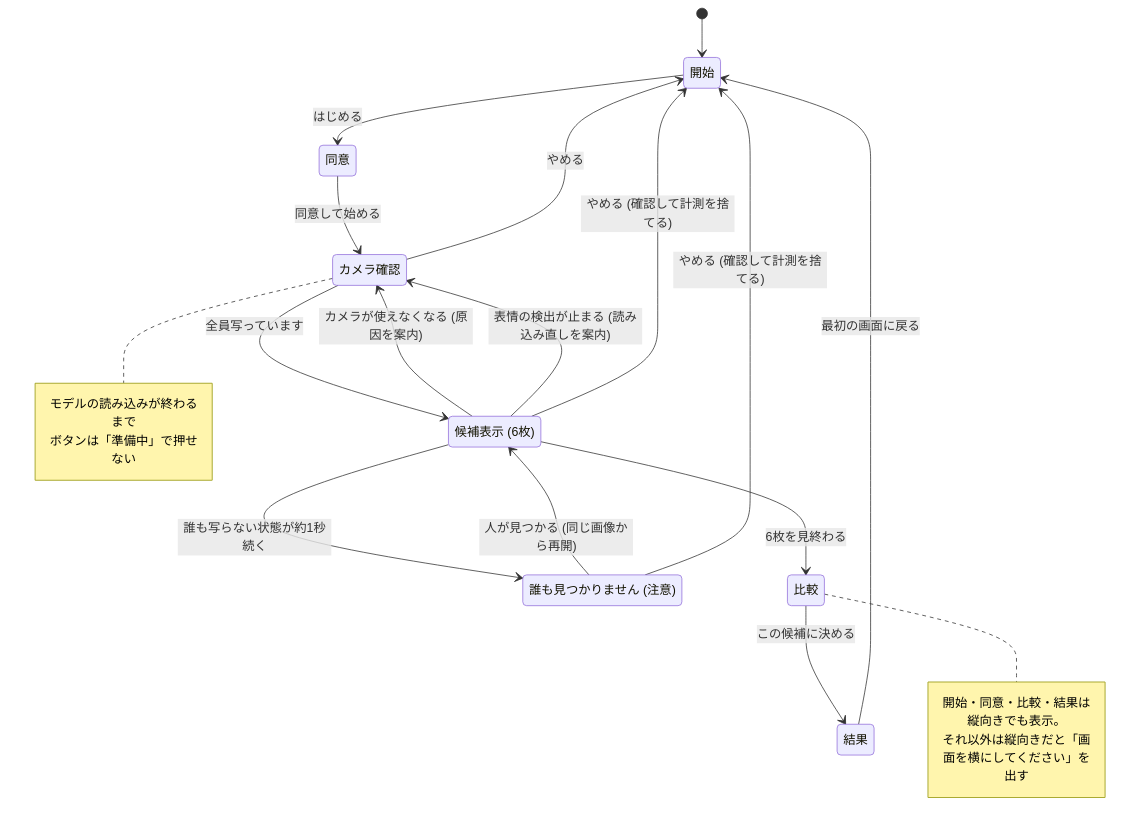
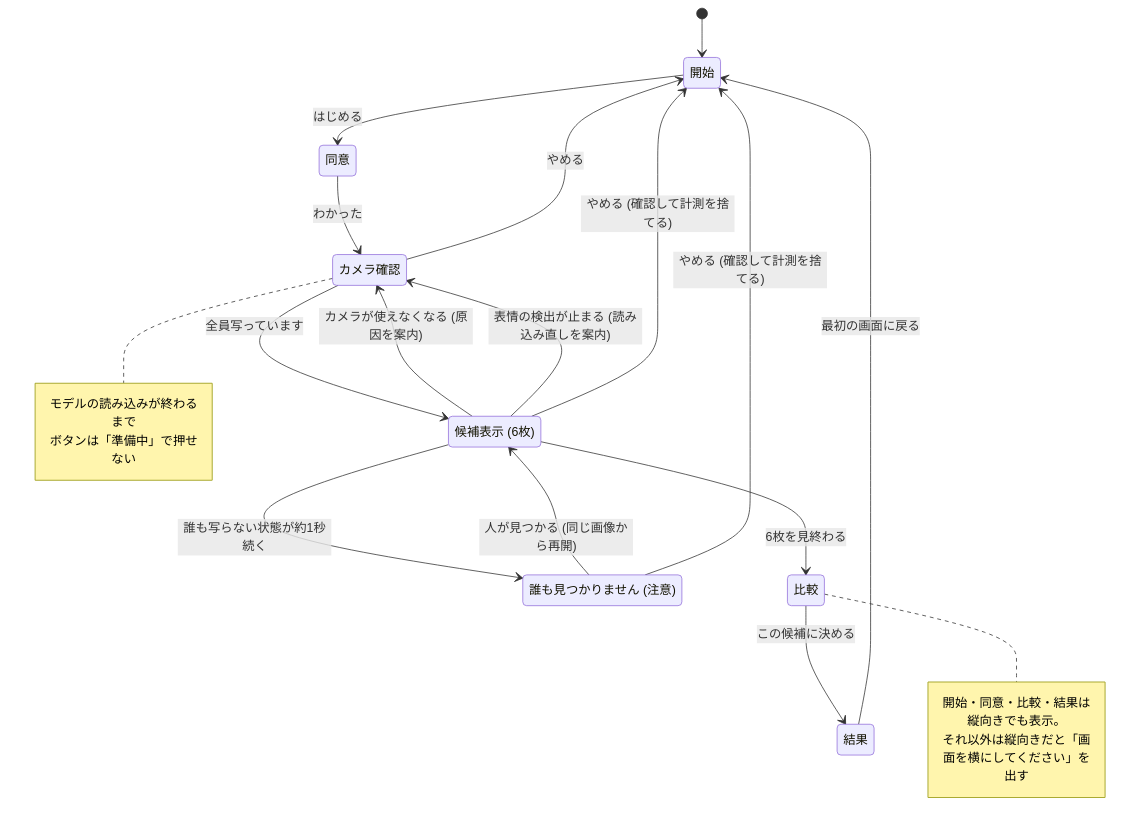
Before and after one commit to l4na-git/NexTrip: the second of 3 diagrams in README.md, drawn with Mermaid. The commit also changed 2 other files, not shown here.

Commit message:
fix(copy): 同意画面のボタンを、ブラウザの許可の前に読む説明に合わせる

````diff
--- a/README.md
+++ b/README.md
@@ -51,34 +51,34 @@
 ```mermaid
 stateDiagram-v2
   state "開始" as Start
   state "同意" as Consent
   state "カメラ確認" as Check
   state "候補表示 (6枚)" as Candidate
   state "誰も見つかりません (注意)" as NoFace
   state "比較" as Compare
   state "結果" as Result
 
   [*] --> Start
   Start --> Consent: はじめる
-  Consent --> Check: 同意して始める
+  Consent --> Check: わかった
   Check --> Candidate: 全員写っています
   Candidate --> Compare: 6枚を見終わる
   Candidate --> NoFace: 誰も写らない状態が約1秒続く
   NoFace --> Candidate: 人が見つかる (同じ画像から再開)
   Candidate --> Check: カメラが使えなくなる (原因を案内)
   Candidate --> Check: 表情の検出が止まる (読み込み直しを案内)
   Compare --> Result: この候補に決める
   Result --> Start: 最初の画面に戻る
   Check --> Start: やめる
   Candidate --> Start: やめる (確認して計測を捨てる)
   NoFace --> Start: やめる (確認して計測を捨てる)
 
   note right of Check
     モデルの読み込みが終わるまで
     ボタンは「準備中」で押せない
   end note
   note right of Compare
     開始・同意・比較・結果は縦向きでも表示。
     それ以外は縦向きだと「画面を横にしてください」を出す
   end note
 ```
````
